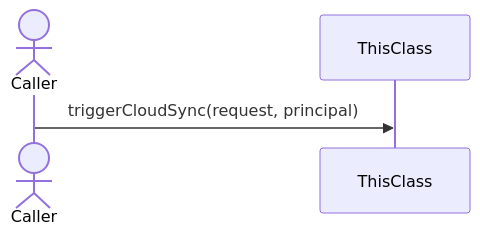
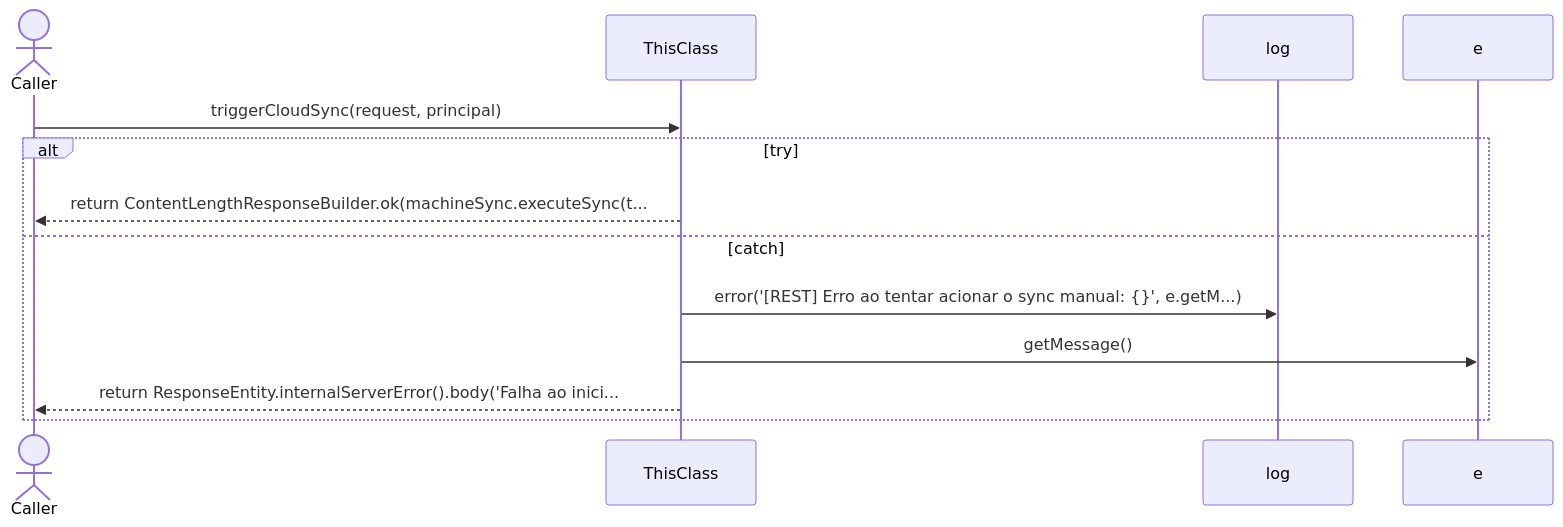
The sixth of 6 diagrams in docs/BoatSyncController.md (FelipeMCassiano/geanky), drawn with Mermaid before and after one commit. The commit also changed other lines of this file and 18 other files, not shown here.

````diff
--- a/docs/BoatSyncController.md
+++ b/docs/BoatSyncController.md
@@ -284,8 +257,17 @@
 ```mermaid
 sequenceDiagram
     actor Caller
     participant ThisClass
 
     Caller->>ThisClass: triggerCloudSync(request, principal)
+    alt try
+    ThisClass-->>Caller: return ContentLengthResponseBuilder.ok(machineSync.executeSync(t...
+    else catch 
+    participant log
+    ThisClass->>log: error('[REST] Erro ao tentar acionar o sync manual: {}', e.getM...)
+    participant e
+    ThisClass->>e: getMessage()
+    ThisClass-->>Caller: return ResponseEntity.internalServerError().body('Falha ao inici...
+    end
 
 ```
````
